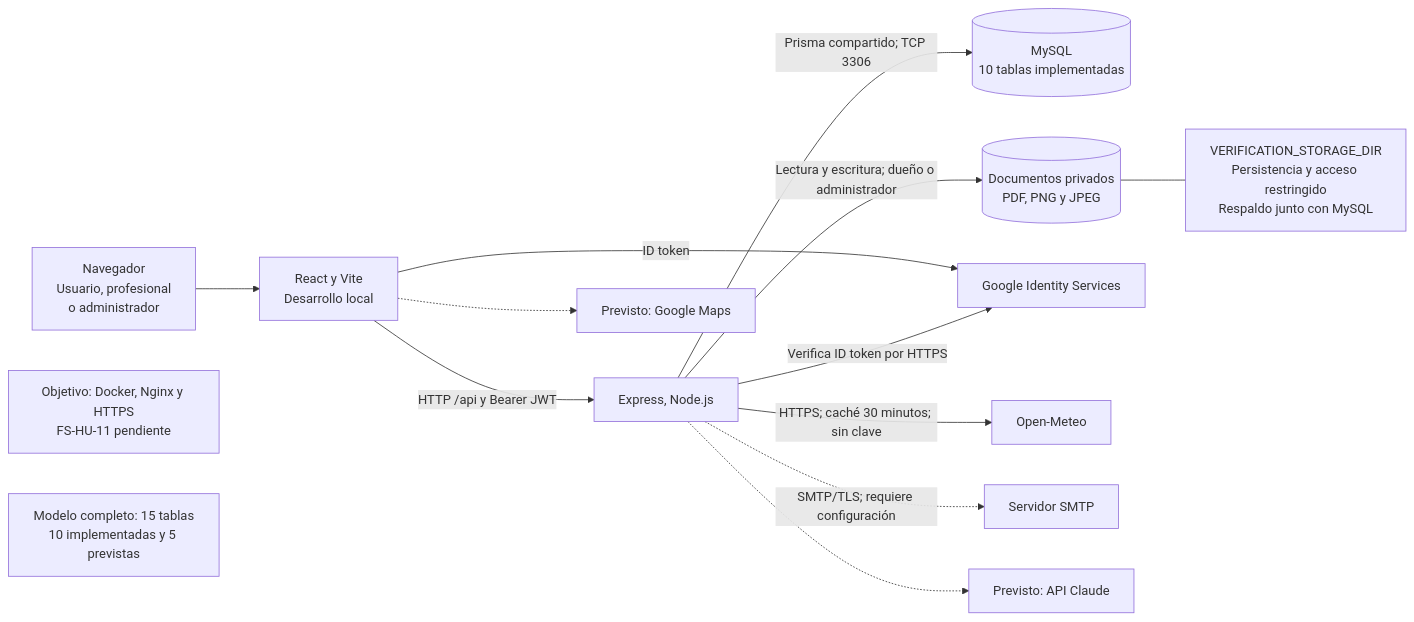
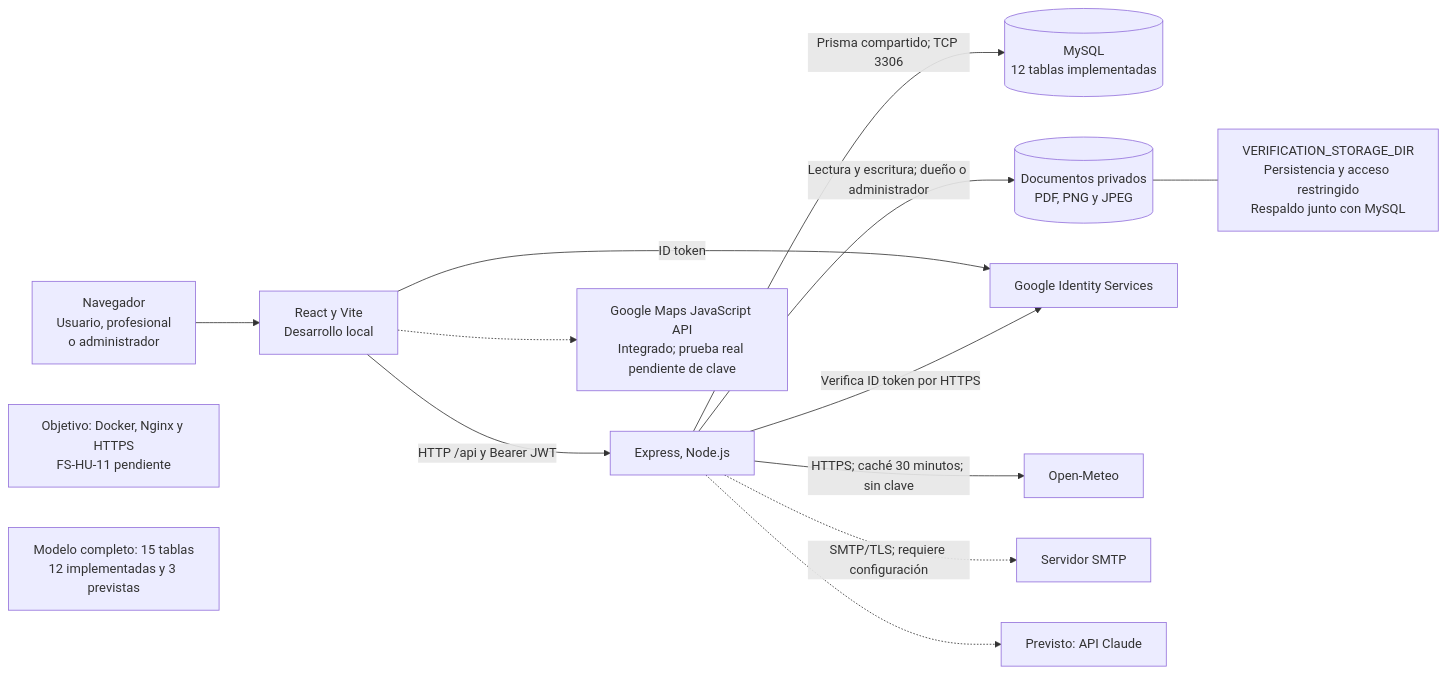
Before and after one commit to rodriacr/FitSearch: the diagram in FASE 2/Evidencias Proyecto/Evidencias de documentación/Diagramas (Miro)/Actualización Sprint 3/08_Vista_Fisica.mmd, drawn with Mermaid. The commit also changed 63 other files, not shown here.

```diff
--- a/FASE 2/Evidencias Proyecto/Evidencias de documentación/Diagramas (Miro)/Actualización Sprint 3/08_Vista_Fisica.mmd
+++ b/FASE 2/Evidencias Proyecto/Evidencias de documentación/Diagramas (Miro)/Actualización Sprint 3/08_Vista_Fisica.mmd
@@ -1,14 +1,14 @@
 flowchart LR
   U["Navegador<br/>Usuario, profesional<br/>o administrador"] --> F["React y Vite<br/>Desarrollo local"]
   F -->|"HTTP /api y Bearer JWT"| B["Express, Node.js"]
-  B -->|"Prisma compartido; TCP 3306"| D[("MySQL<br/>10 tablas implementadas")]
+  B -->|"Prisma compartido; TCP 3306"| D[("MySQL<br/>12 tablas implementadas")]
   B -->|"Lectura y escritura; dueño o administrador"| A[("Documentos privados<br/>PDF, PNG y JPEG")]
   A --- P["VERIFICATION_STORAGE_DIR<br/>Persistencia y acceso restringido<br/>Respaldo junto con MySQL"]
   F -->|"ID token"| I["Google Identity Services"]
   B -->|"Verifica ID token por HTTPS"| I
   B -->|"HTTPS; caché 30 minutos; sin clave"| O["Open-Meteo"]
   B -.->|"SMTP/TLS; requiere configuración"| S["Servidor SMTP"]
-  F -.-> G["Previsto: Google Maps"]
+  F -.-> G["Google Maps JavaScript API<br/>Integrado; prueba real pendiente de clave"]
   B -.-> C["Previsto: API Claude"]
   N["Objetivo: Docker, Nginx y HTTPS<br/>FS-HU-11 pendiente"]
-  M["Modelo completo: 15 tablas<br/>10 implementadas y 5 previstas"]
+  M["Modelo completo: 15 tablas<br/>12 implementadas y 3 previstas"]
```
